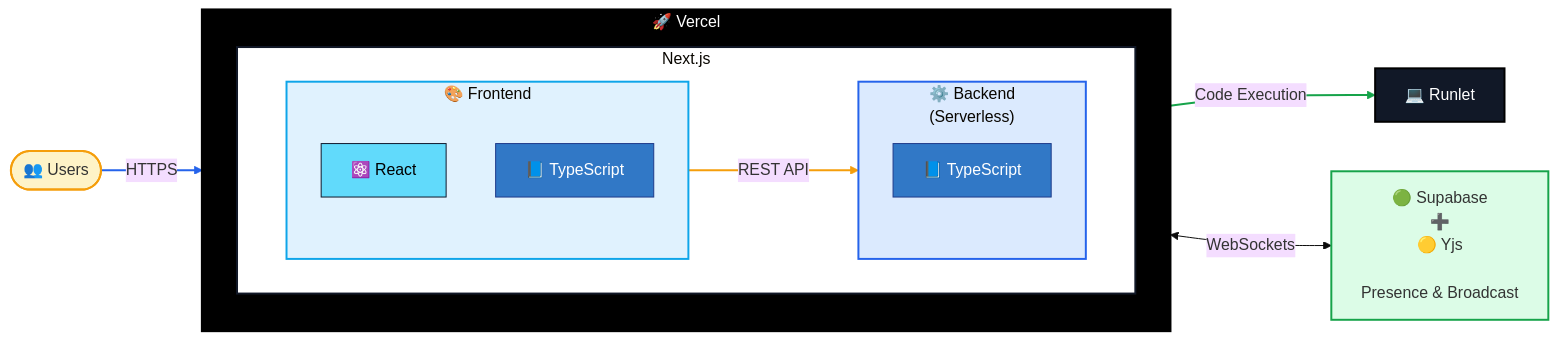
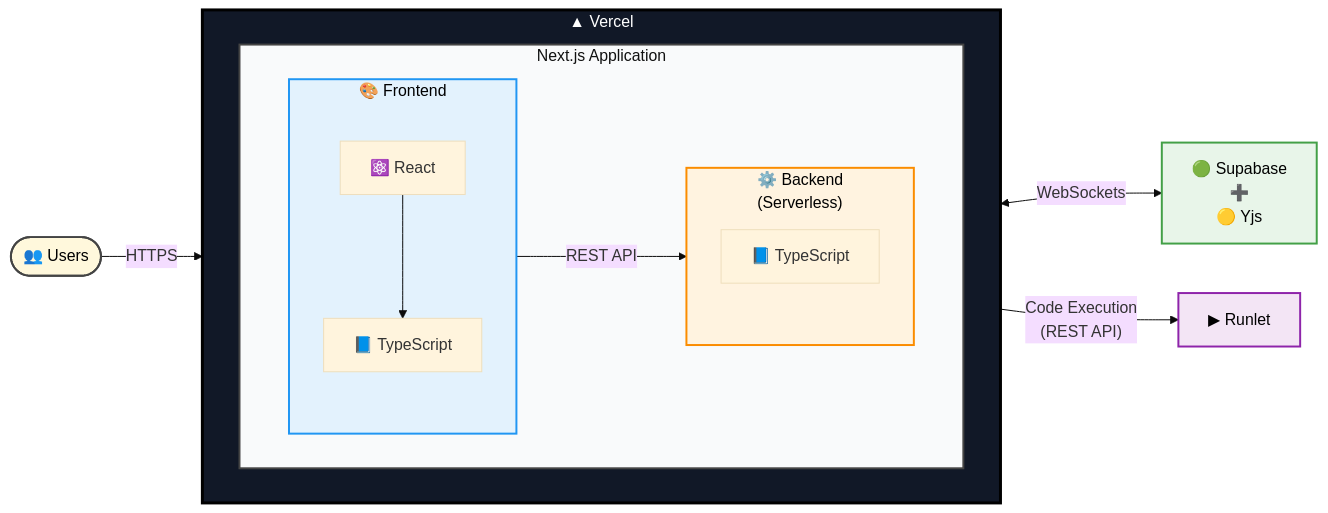
Before and after one commit to Nravitejareddy/Dev-Along: the diagram in README.md, drawn with Mermaid (base theme).

Commit message:
Revise architecture diagram in README.md
Updated the flowchart in README.md to reflect changes in the architecture and services used, including modifications to nodes, connections, and styles.

````diff
--- a/README.md
+++ b/README.md
@@ -23,62 +23,80 @@
 ```mermaid
 flowchart LR
 
 %% =========================
-%% Nodes
+%% Users
 %% =========================
 U([👥 Users])
 
-subgraph V["🚀 Vercel"]
-direction TB
+%% =========================
+%% Vercel Container
+%% =========================
+subgraph V["▲ Vercel"]
+direction LR
 
-    subgraph N["Next.js"]
-    direction LR
+    subgraph N["Next.js Application"]
+
+        direction LR
 
         subgraph FE["🎨 Frontend"]
         direction TB
             React["⚛️ React"]
             TS1["📘 TypeScript"]
+            React --> TS1
         end
 
         subgraph BE["⚙️ Backend<br/>(Serverless)"]
         direction TB
             TS2["📘 TypeScript"]
         end
 
-        FE -->|REST API| BE
+        FE -- REST API --> BE
+
     end
+
 end
 
-Runlet["💻 Runlet"]
-Supabase["🟢 Supabase<br/>➕<br/>🟡 Yjs<br/><br/>Presence & Broadcast"]
+%% =========================
+%% External Services
+%% =========================
+
+SB["🟢 Supabase<br/>➕<br/>🟡 Yjs"]
+
+RUN["▶ Runlet"]
 
 %% =========================
 %% Connections
 %% =========================
-U -->|HTTPS| FE
-BE -->|"Code Execution"| Runlet
-FE <-->|WebSockets| Supabase
+
+U -- HTTPS --> FE
+
+FE <-->|WebSockets| SB
+
+BE -- "Code Execution<br/>(REST API)" --> RUN
 
 %% =========================
-%% Styles
+%% Styling
 %% =========================
 
-style V fill:#000000,stroke:#000000,color:#ffffff,stroke-width:3px
-style N fill:#ffffff,stroke:#111827,stroke-width:2px
+classDef user fill:#FFF8DC,stroke:#444,stroke-width:2px,color:#000;
 
-style FE fill:#E0F2FE,stroke:#0EA5E9,stroke-width:2px
-style BE fill:#DBEAFE,stroke:#2563EB,stroke-width:2px
+classDef vercel fill:#111827,stroke:#000,color:#fff,stroke-width:3px;
 
-style React fill:#61DAFB,stroke:#0F172A,color:#000
-style TS1 fill:#3178C6,stroke:#1E3A8A,color:#fff
-style TS2 fill:#3178C6,stroke:#1E3A8A,color:#fff
+classDef next fill:#F9FAFB,stroke:#444,stroke-width:2px,color:#111;
 
-style Runlet fill:#111827,color:#ffffff,stroke:#000000,stroke-width:2px
-style Supabase fill:#DCFCE7,stroke:#16A34A,stroke-width:2px
+classDef frontend fill:#E3F2FD,stroke:#2196F3,stroke-width:2px,color:#000;
 
-style U fill:#FEF3C7,stroke:#F59E0B,stroke-width:2px
+classDef backend fill:#FFF3E0,stroke:#FB8C00,stroke-width:2px,color:#000;
 
-linkStyle 0 stroke:#F59E0B,stroke-width:2px
-linkStyle 1 stroke:#2563EB,stroke-width:2px
-linkStyle 2 stroke:#16A34A,stroke-width:2px
+classDef service fill:#E8F5E9,stroke:#43A047,stroke-width:2px,color:#000;
+
+classDef runlet fill:#F3E5F5,stroke:#8E24AA,stroke-width:2px,color:#000;
+
+class U user;
+class V vercel;
+class N next;
+class FE frontend;
+class BE backend;
+class SB service;
+class RUN runlet;
 ```
````
